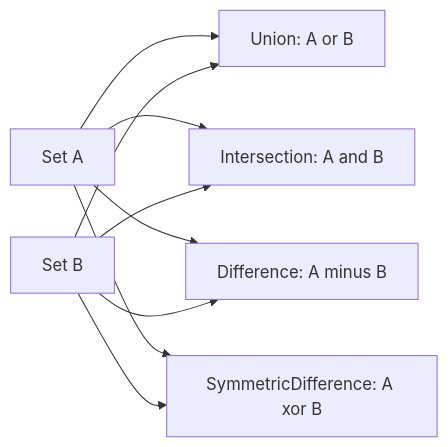
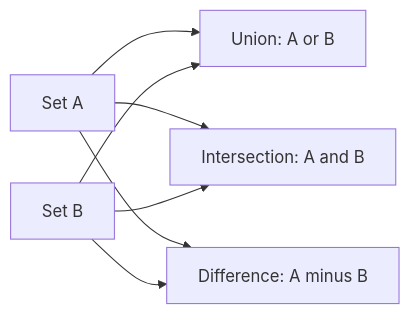
The first of 2 diagrams in website/en/guide/sets.md (scagogogo/cpe-skills), drawn with Mermaid before and after one commit. The commit also changed other lines of this file and 34 other files, not shown here.

First line of the commit message:
docs(website): fix fabricated APIs in examples, sync zh with en, fix diagrams

````diff
--- a/website/en/guide/sets.md
+++ b/website/en/guide/sets.md
@@ -11,17 +11,14 @@
 ```mermaid
 flowchart LR
     A["Set A"]
     B["Set B"]
     U["Union: A or B"]
     I["Intersection: A and B"]
     D["Difference: A minus B"]
-    S["SymmetricDifference: A xor B"]
     A --> U
     B --> U
     A --> I
     B --> I
     A --> D
     B --> D
-    A --> S
-    B --> S
 ```
````
